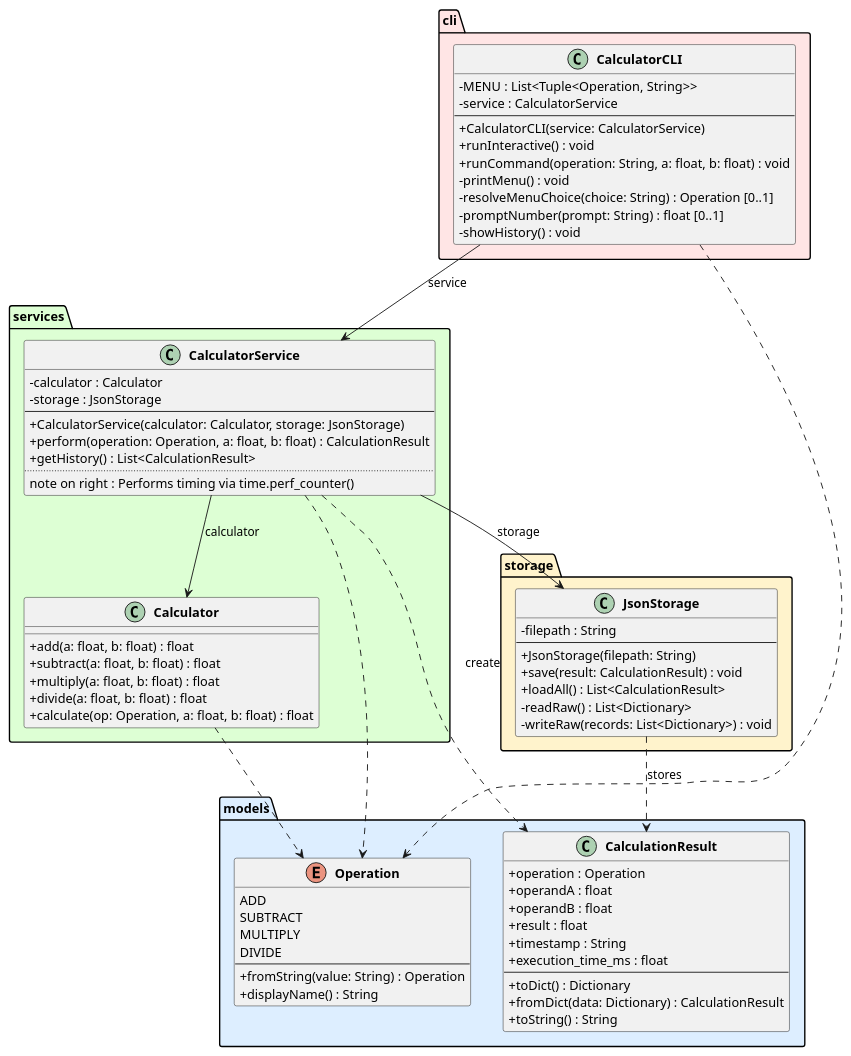
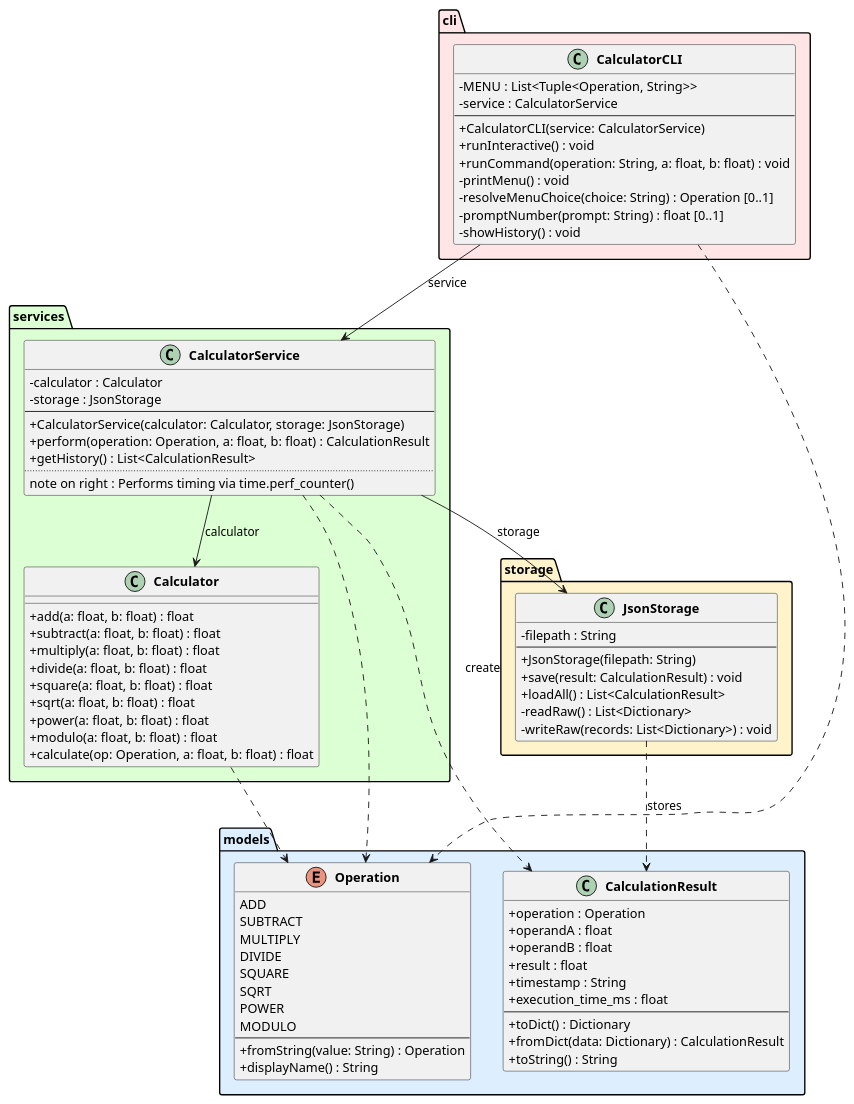
Before and after one commit to DanielRiha8906/Software_autoevolution_using_agents: the diagram in experiments/pipeline/user_stories/calculator/artifacts/class_diagram.puml, drawn with PlantUML. The commit also changed 11 other files, not shown here.

```diff
--- a/experiments/pipeline/user_stories/calculator/artifacts/class_diagram.puml
+++ b/experiments/pipeline/user_stories/calculator/artifacts/class_diagram.puml
@@ -1,89 +1,97 @@
 @startuml class_diagram
 
 skinparam classAttributeIconSize 0
 skinparam classFontStyle bold
 
 package "models" #DDEEFF {
     enum Operation {
         ADD
         SUBTRACT
         MULTIPLY
         DIVIDE
+        SQUARE
+        SQRT
+        POWER
+        MODULO
         --
         +fromString(value: String) : Operation
         +displayName() : String
     }
 
     class CalculationResult {
         +operation : Operation
         +operandA : float
         +operandB : float
         +result : float
         +timestamp : String
         +execution_time_ms : float
         --
         +toDict() : Dictionary
         +fromDict(data: Dictionary) : CalculationResult
         +toString() : String
     }
 }
 
 package "services" #DDFFD4 {
     class Calculator {
         +add(a: float, b: float) : float
         +subtract(a: float, b: float) : float
         +multiply(a: float, b: float) : float
         +divide(a: float, b: float) : float
+        +square(a: float, b: float) : float
+        +sqrt(a: float, b: float) : float
+        +power(a: float, b: float) : float
+        +modulo(a: float, b: float) : float
         +calculate(op: Operation, a: float, b: float) : float
     }
 
     class CalculatorService {
         -calculator : Calculator
         -storage : JsonStorage
         --
         +CalculatorService(calculator: Calculator, storage: JsonStorage)
         +perform(operation: Operation, a: float, b: float) : CalculationResult
         +getHistory() : List<CalculationResult>
         ..
         note on right : Performs timing via time.perf_counter()
     }
 }
 
 package "storage" #FFF3CC {
     class JsonStorage {
         -filepath : String
         --
         +JsonStorage(filepath: String)
         +save(result: CalculationResult) : void
         +loadAll() : List<CalculationResult>
         -readRaw() : List<Dictionary>
         -writeRaw(records: List<Dictionary>) : void
     }
 }
 
 package "cli" #FFE5E5 {
     class CalculatorCLI {
         -MENU : List<Tuple<Operation, String>>
         -service : CalculatorService
         --
         +CalculatorCLI(service: CalculatorService)
         +runInteractive() : void
         +runCommand(operation: String, a: float, b: float) : void
         -printMenu() : void
         -resolveMenuChoice(choice: String) : Operation [0..1]
         -promptNumber(prompt: String) : float [0..1]
         -showHistory() : void
     }
 }
 
 CalculatorCLI --> CalculatorService : service
 CalculatorService --> Calculator : calculator
 CalculatorService --> JsonStorage : storage
 
 CalculatorService ..> CalculationResult : create
 CalculatorService ..> Operation
 CalculatorCLI ..> Operation
 Calculator ..> Operation
 JsonStorage ..> CalculationResult : stores
 
 @enduml
```
